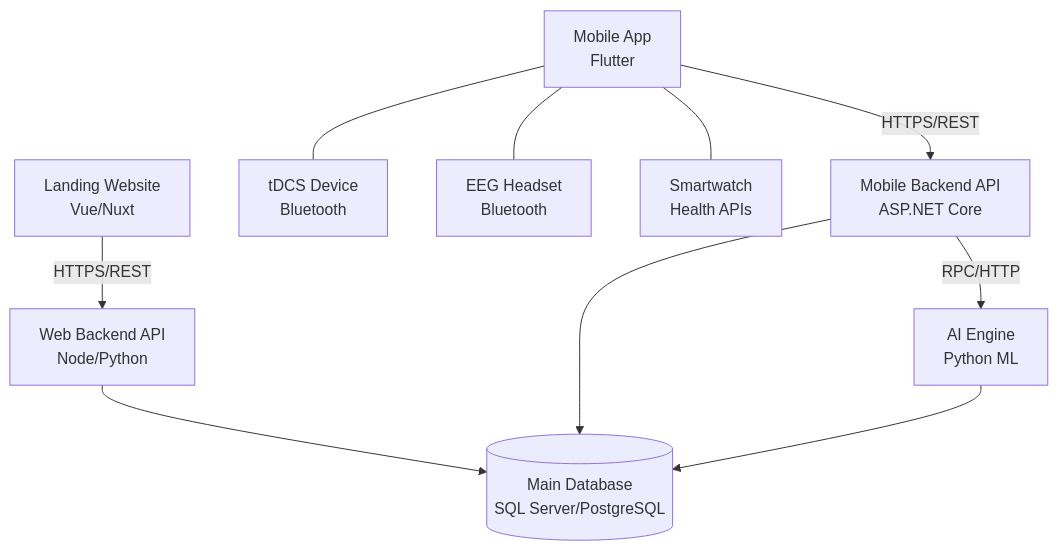
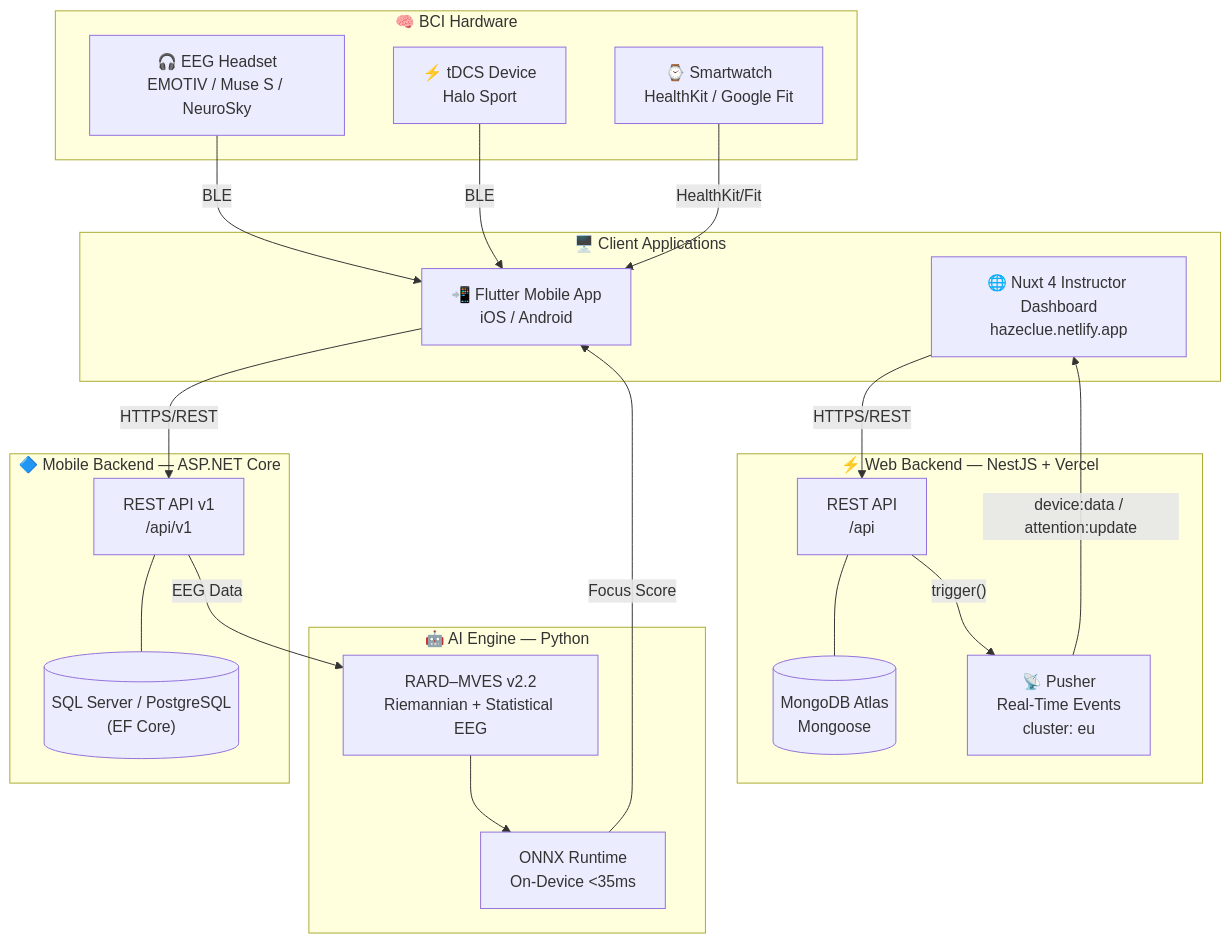
Before and after one commit to ameenmv/haze_clue_docs: the diagram in docs/overview.md, drawn with Mermaid. The commit also changed other lines of this file, not shown here.

Commit message:
docs: overhaul system overview with detailed architecture diagrams and component documentation

````diff
--- a/docs/overview.md
+++ b/docs/overview.md
@@ -11,33 +20,44 @@
 ```mermaid
 graph TD
-    %% Clients
-    FlutterApp[Mobile App<br/>Flutter]
-    WebSite[Landing Website<br/>Vue/Nuxt]
+    subgraph Clients["🖥️ Client Applications"]
+        FlutterApp["📲 Flutter Mobile App<br/>iOS / Android"]
+        NuxtWeb["🌐 Nuxt 4 Instructor Dashboard<br/>hazeclue.netlify.app"]
+    end
 
-    %% Hardware Integrations
-    tDCS[tDCS Device<br/>Bluetooth]
-    EEG[EEG Headset<br/>Bluetooth]
-    Smartwatch[Smartwatch<br/>Health APIs]
+    subgraph Hardware["🧠 BCI Hardware"]
+        EEG["🎧 EEG Headset<br/>EMOTIV / Muse S / NeuroSky"]
+        tDCS["⚡ tDCS Device<br/>Halo Sport"]
+        Watch["⌚ Smartwatch<br/>HealthKit / Google Fit"]
+    end
 
-    %% Backends
-    MobileAPI[Mobile Backend API<br/>ASP.NET Core]
-    WebAPI[Web Backend API<br/>Node/Python]
-    
-    %% AI & Data
-    AI[AI Engine<br/>Python ML]
-    DB[(Main Database<br/>SQL Server/PostgreSQL)]
+    subgraph MobileBackend["🔷 Mobile Backend — ASP.NET Core"]
+        MobileAPI["REST API v1<br/>/api/v1"]
+        MSSQL[("SQL Server / PostgreSQL<br/>(EF Core)")]
+    end
 
-    %% Connections
-    FlutterApp --- tDCS
-    FlutterApp --- EEG
-    FlutterApp --- Smartwatch
+    subgraph WebBackend["⚡ Web Backend — NestJS + Vercel"]
+        NestAPI["REST API<br/>/api"]
+        MongoDB[("MongoDB Atlas<br/>Mongoose")]
+        Pusher["📡 Pusher<br/>Real-Time Events<br/>cluster: eu"]
+    end
 
-    FlutterApp -->|HTTPS/REST| MobileAPI
-    WebSite -->|HTTPS/REST| WebAPI
+    subgraph AI["🤖 AI Engine — Python"]
+        RARD["RARD–MVES v2.2<br/>Riemannian + Statistical EEG"]
+        ONNX["ONNX Runtime<br/>On-Device <35ms"]
+    end
 
-    MobileAPI --> DB
-    WebAPI --> DB
+    EEG -- "BLE" --> FlutterApp
+    tDCS -- "BLE" --> FlutterApp
+    Watch -- "HealthKit/Fit" --> FlutterApp
 
-    MobileAPI -->|RPC/HTTP| AI
-    AI --> DB
+    FlutterApp -- "HTTPS/REST" --> MobileAPI
+    MobileAPI --- MSSQL
+    MobileAPI -- "EEG Data" --> RARD
+    RARD --> ONNX
+    ONNX -- "Focus Score" --> FlutterApp
+
+    NuxtWeb -- "HTTPS/REST" --> NestAPI
+    NestAPI --- MongoDB
+    NestAPI -- "trigger()" --> Pusher
+    Pusher -- "device:data / attention:update" --> NuxtWeb
 ```
````
